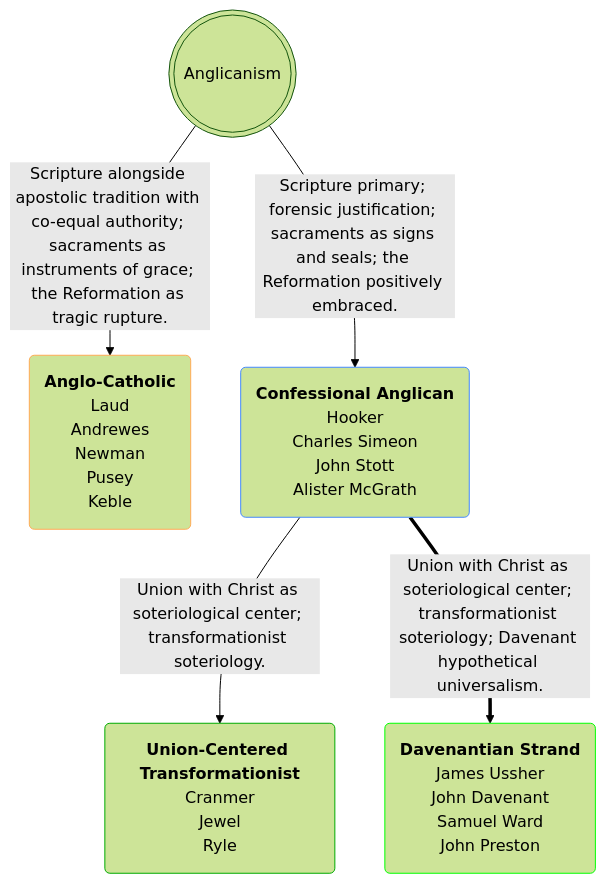
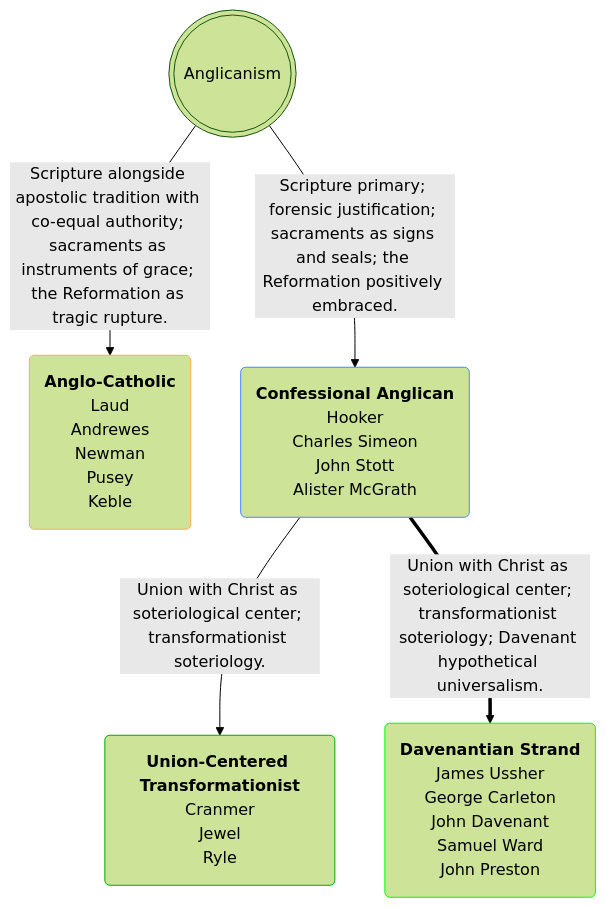
The first of 2 diagrams in _posts/2026-03-27-confessional-transformationist-anglo-catholic.markdown (OrdoLuminis/ordoluminis.github.io), drawn with Mermaid (forest theme) before and after one commit. The commit also changed other lines of this file, not shown here.

````diff
--- a/_posts/2026-03-27-confessional-transformationist-anglo-catholic.markdown
+++ b/_posts/2026-03-27-confessional-transformationist-anglo-catholic.markdown
@@ -44,12 +44,12 @@
 ```mermaid
 flowchart TD
     A(((Anglicanism)))
     A -->|Scripture alongside apostolic tradition with co-equal authority; sacraments as instruments of grace; the Reformation as tragic rupture.| B(<strong>Anglo-Catholic</strong><br>Laud<br>Andrewes<br>Newman<br>Pusey<br>Keble):::orange
     A -->|Scripture primary; forensic justification; sacraments as signs and seals; the Reformation positively embraced.| C(<strong>Confessional Anglican</strong><br>Hooker<br>Charles Simeon<br>John Stott<br>Alister McGrath):::blue
     C -->|Union with Christ as soteriological center; transformationist soteriology.| E(<strong>Union-Centered Transformationist</strong><br>Cranmer<br>Jewel<br>Ryle):::lightgreen
-    C ==>|Union with Christ as soteriological center; transformationist soteriology; Davenant hypothetical universalism.| D(<strong>Davenantian Strand</strong><br>James Ussher<br>John Davenant<br>Samuel Ward<br>John Preston):::green
+    C ==>|Union with Christ as soteriological center; transformationist soteriology; Davenant hypothetical universalism.| D(<strong>Davenantian Strand</strong><br>James Ussher<br>George Carleton<br>John Davenant<br>Samuel Ward<br>John Preston):::green
     classDef green stroke:#0f0
     classDef lightgreen stroke:#0a0
     classDef orange stroke:#fa5
     classDef blue stroke:#48f
 ```
````
